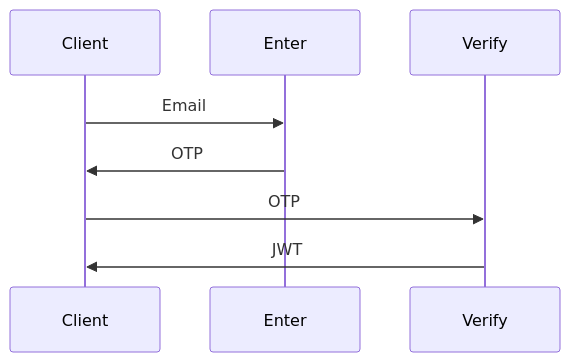
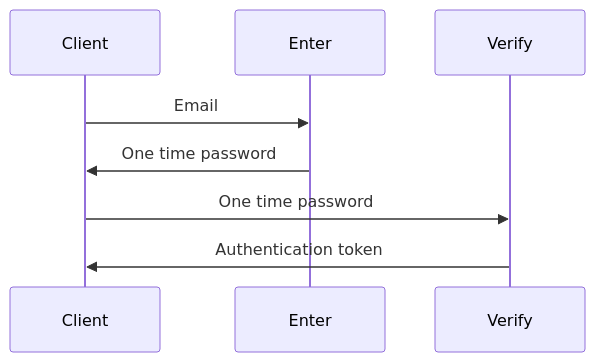
One commit to ggbot-org/ggbot changed the diagram in docs/authentication.md. Above: the diagram before and after it, drawn with Mermaid. The commit also changed 33 other files, not shown here.

````diff
--- a/docs/authentication.md
+++ b/docs/authentication.md
@@ -3,10 +3,10 @@
 ```mermaid
 sequenceDiagram
     participant Client
     participant Enter
 	participant Verify
     Client->>Enter: Email
-    Enter->>Client: OTP
-    Client->>Verify: OTP
-    Verify->>Client: JWT
+    Enter->>Client: One time password
+    Client->>Verify: One time password
+    Verify->>Client: Authentication token
 ```
````
